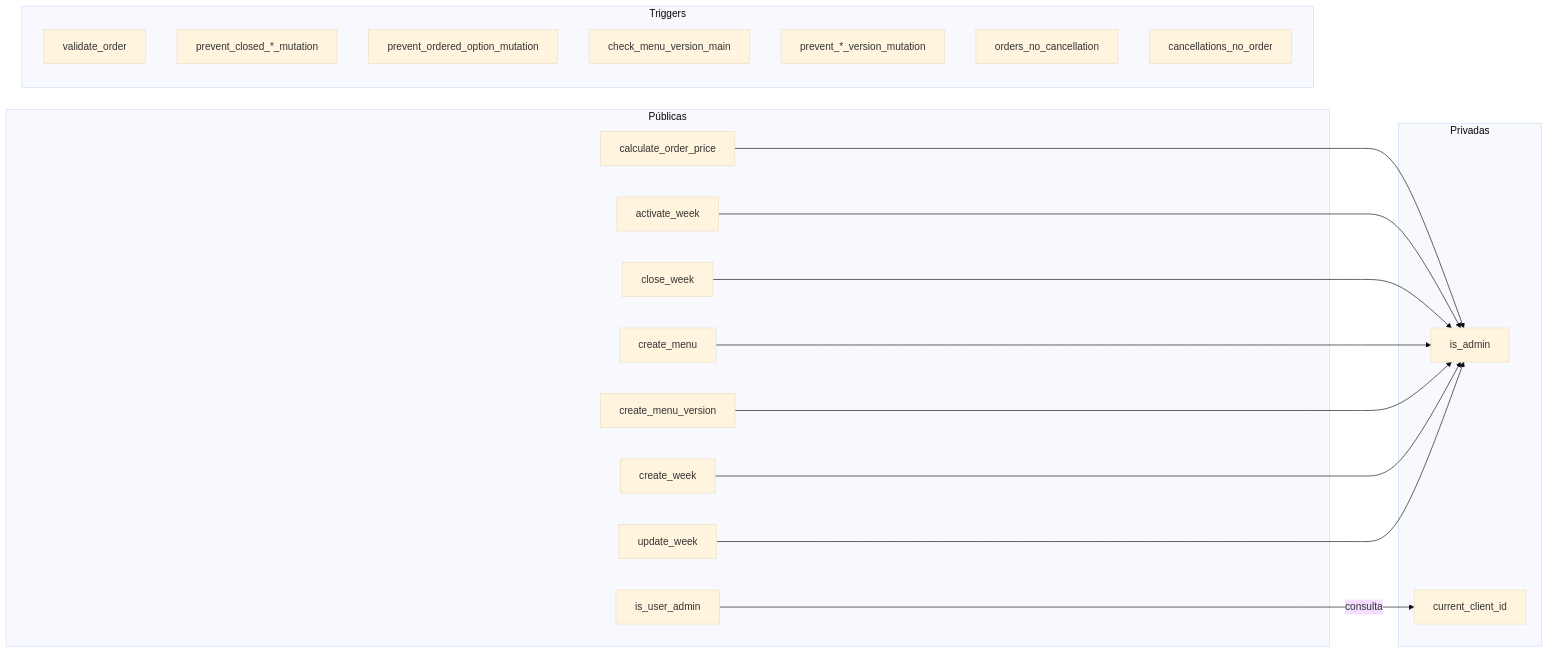
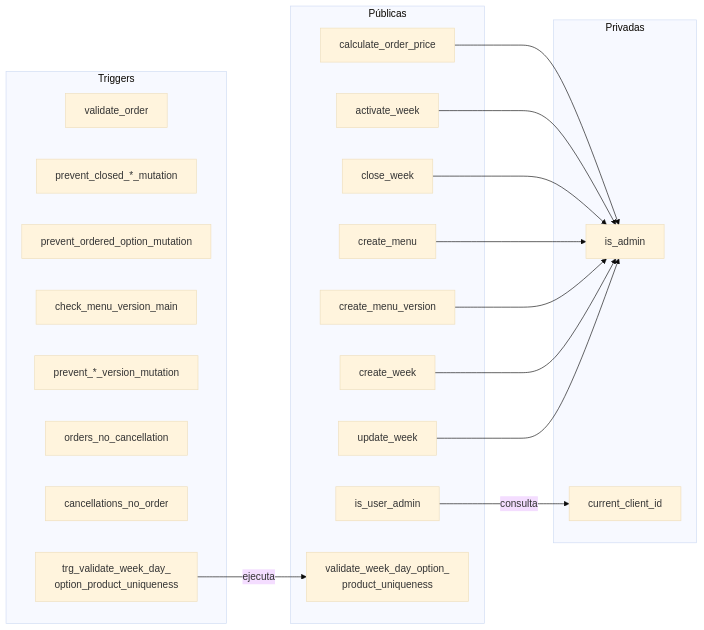
One commit to Franc0-L/Todo-Artesanal-Legacy changed the fifth of 8 diagrams in docs/arquitectura.md. Above: the diagram before and after it, drawn with Mermaid (base theme). The commit also changed other lines of this file and 22 other files, not shown here.

````diff
--- a/docs/arquitectura.md
+++ b/docs/arquitectura.md
@@ -155,37 +167,40 @@
 ```mermaid
 flowchart LR
     subgraph Públicas
         A1[calculate_order_price]
         A2[activate_week]
         A3[close_week]
         A4[create_menu]
         A5[create_menu_version]
         A6[create_week]
         A7[update_week]
         A8[is_user_admin]
+        A9[validate_week_day_option_<br/>product_uniqueness]
     end
 
     subgraph Privadas
         B1[is_admin]
         B2[current_client_id]
     end
 
     subgraph Triggers
         C1[validate_order]
         C2[prevent_closed_*_mutation]
         C3[prevent_ordered_option_mutation]
         C4[check_menu_version_main]
         C5[prevent_*_version_mutation]
         C6[orders_no_cancellation]
         C7[cancellations_no_order]
+        C8[trg_validate_week_day_<br/>option_product_uniqueness]
     end
 
     A1 --> B1
     A2 --> B1
     A3 --> B1
     A4 --> B1
     A5 --> B1
     A6 --> B1
     A7 --> B1
     A8 -->|consulta| B2
+    C8 -->|ejecuta| A9
 ```
````
